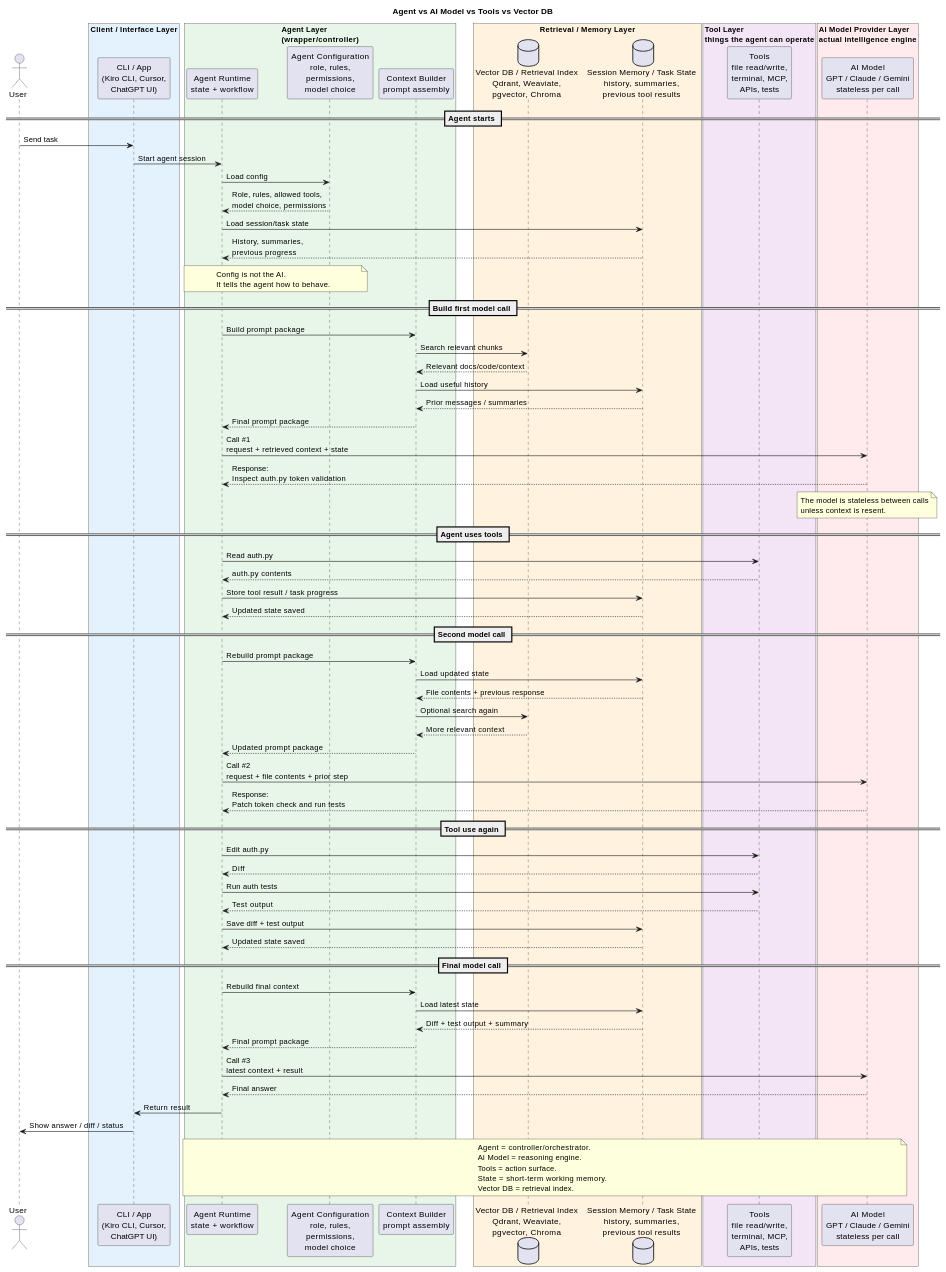
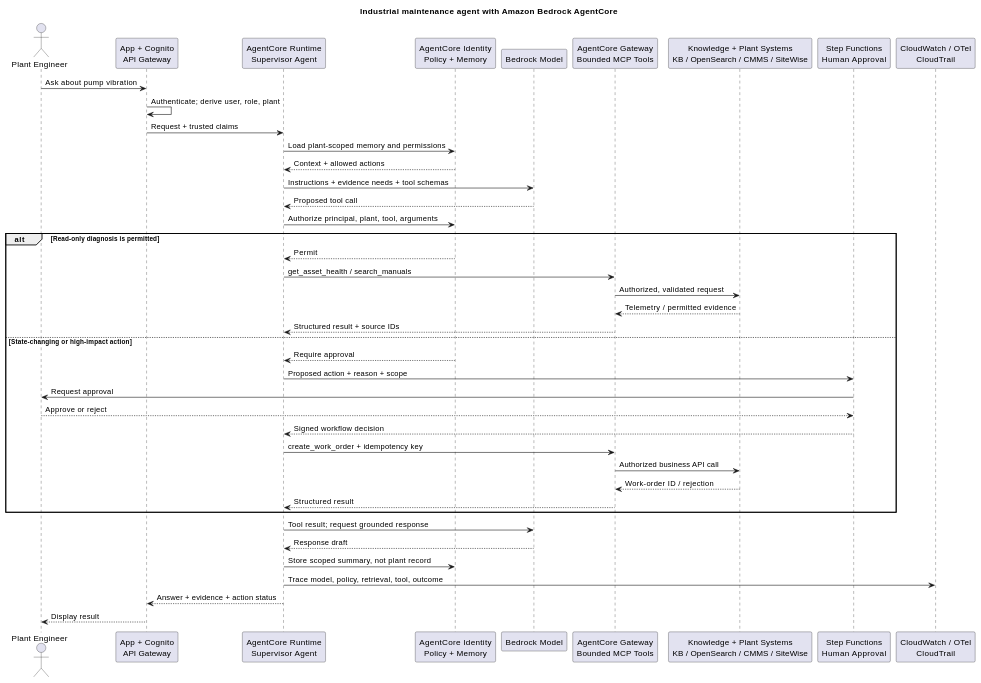
One commit to gLuColte/glucolte.github.io changed the second of 2 diagrams in study/infrastructureAWSAiServices.md. Above: the diagram before and after it, drawn with PlantUML. The commit also changed other lines of this file and 81 other files, not shown here.

```diff
--- a/study/infrastructureAWSAiServices.md
+++ b/study/infrastructureAWSAiServices.md
@@ -350,118 +341,46 @@
 @startuml
-title Agent vs AI Model vs Tools vs Vector DB
+title Industrial maintenance agent with Amazon Bedrock AgentCore
+actor "Plant Engineer" as User
+participant "App + Cognito\nAPI Gateway" as Edge
+participant "AgentCore Runtime\nSupervisor Agent" as Runtime
+participant "AgentCore Identity\nPolicy + Memory" as Controls
+participant "Bedrock Model" as Model
+participant "AgentCore Gateway\nBounded MCP Tools" as Gateway
+participant "Knowledge + Plant Systems\nKB / OpenSearch / CMMS / SiteWise" as Systems
+participant "Step Functions\nHuman Approval" as Approval
+participant "CloudWatch / OTel\nCloudTrail" as Audit
 
-actor User
+User -> Edge: Ask about pump vibration
+Edge -> Edge: Authenticate; derive user, role, plant
+Edge -> Runtime: Request + trusted claims
+Runtime -> Controls: Load plant-scoped memory and permissions
+Controls --> Runtime: Context + allowed actions
+Runtime -> Model: Instructions + evidence needs + tool schemas
+Model --> Runtime: Proposed tool call
+Runtime -> Controls: Authorize principal, plant, tool, arguments
 
-box "Client / Interface Layer" #E3F2FD
-participant "CLI / App\n(Kiro CLI, Cursor,\nChatGPT UI)" as CLI
-end box
+alt Read-only diagnosis is permitted
+  Controls --> Runtime: Permit
+  Runtime -> Gateway: get_asset_health / search_manuals
+  Gateway -> Systems: Authorized, validated request
+  Systems --> Gateway: Telemetry / permitted evidence
+  Gateway --> Runtime: Structured result + source IDs
+else State-changing or high-impact action
+  Controls --> Runtime: Require approval
+  Runtime -> Approval: Proposed action + reason + scope
+  Approval -> User: Request approval
+  User --> Approval: Approve or reject
+  Approval --> Runtime: Signed workflow decision
+  Runtime -> Gateway: create_work_order + idempotency key
+  Gateway -> Systems: Authorized business API call
+  Systems --> Gateway: Work-order ID / rejection
+  Gateway --> Runtime: Structured result
+end
 
-box "Agent Layer\n(wrapper/controller)" #E8F5E9
-participant "Agent Runtime\nstate + workflow" as Agent
-participant "Agent Configuration\nrole, rules,\npermissions,\nmodel choice" as Config
-participant "Context Builder\nprompt assembly" as Context
-end box
-
-box "Retrieval / Memory Layer" #FFF3E0
-database "Vector DB / Retrieval Index\nQdrant, Weaviate,\npgvector, Chroma" as VectorDB
-database "Session Memory / Task State\nhistory, summaries,\nprevious tool results" as State
-end box
-
-box "Tool Layer\nthings the agent can operate" #F3E5F5
-participant "Tools\nfile read/write,\nterminal, MCP,\nAPIs, tests" as Tools
-end box
-
-box "AI Model Provider Layer\nactual intelligence engine" #FFEBEE
-participant "AI Model\nGPT / Claude / Gemini\nstateless per call" as Model
-end box
-
-== Agent starts ==
-
-User -> CLI: Send task
-CLI -> Agent: Start agent session
-
-Agent -> Config: Load config
-Config --> Agent: Role, rules, allowed tools,\nmodel choice, permissions
-
-Agent -> State: Load session/task state
-State --> Agent: History, summaries,\nprevious progress
-
-note over Config,Agent
-Config is not the AI.
-It tells the agent how to behave.
-end note
-
-== Build first model call ==
-
-Agent -> Context: Build prompt package
-
-Context -> VectorDB: Search relevant chunks
-VectorDB --> Context: Relevant docs/code/context
-
-Context -> State: Load useful history
-State --> Context: Prior messages / summaries
-
-Context --> Agent: Final prompt package
-
-Agent -> Model: Call #1\nrequest + retrieved context + state
-Model --> Agent: Response:\nInspect auth.py token validation
-
-note over Model
-The model is stateless between calls
-unless context is resent.
-end note
-
-== Agent uses tools ==
-
-Agent -> Tools: Read auth.py
-Tools --> Agent: auth.py contents
-
-Agent -> State: Store tool result / task progress
-State --> Agent: Updated state saved
-
-== Second model call ==
-
-Agent -> Context: Rebuild prompt package
-Context -> State: Load updated state
-State --> Context: File contents + previous response
-Context -> VectorDB: Optional search again
-VectorDB --> Context: More relevant context
-
-Context --> Agent: Updated prompt package
-
-Agent -> Model: Call #2\nrequest + file contents + prior step
-Model --> Agent: Response:\nPatch token check and run tests
-
-== Tool use again ==
-
-Agent -> Tools: Edit auth.py
-Tools --> Agent: Diff
-
-Agent -> Tools: Run auth tests
-Tools --> Agent: Test output
-
-Agent -> State: Save diff + test output
-State --> Agent: Updated state saved
-
-== Final model call ==
-
-Agent -> Context: Rebuild final context
-Context -> State: Load latest state
-State --> Context: Diff + test output + summary
-Context --> Agent: Final prompt package
-
-Agent -> Model: Call #3\nlatest context + result
-Model --> Agent: Final answer
-
-Agent -> CLI: Return result
-CLI -> User: Show answer / diff / status
-
-note over Agent,Model
-Agent = controller/orchestrator.
-AI Model = reasoning engine.
-Tools = action surface.
-State = short-term working memory.
-Vector DB = retrieval index.
-end note
-
+Runtime -> Model: Tool result; request grounded response
+Model --> Runtime: Response draft
+Runtime -> Controls: Store scoped summary, not plant record
+Runtime -> Audit: Trace model, policy, retrieval, tool, outcome
+Runtime --> Edge: Answer + evidence + action status
+Edge --> User: Display result
 @enduml
```
